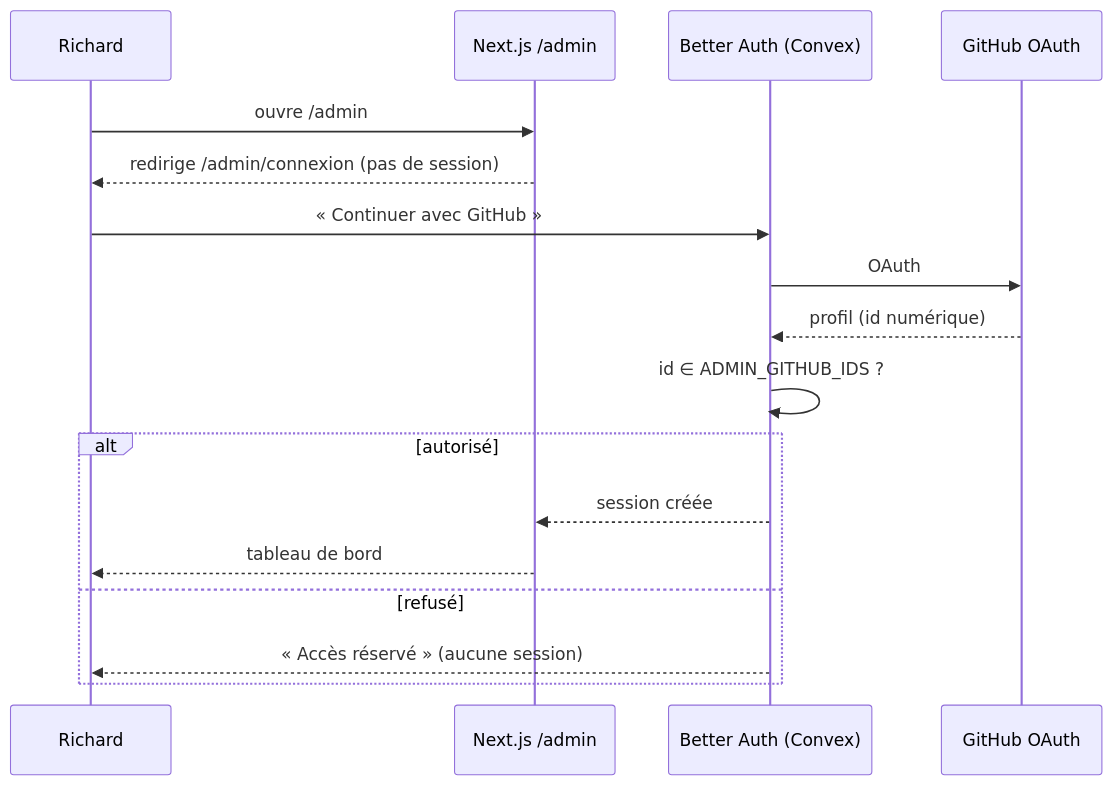
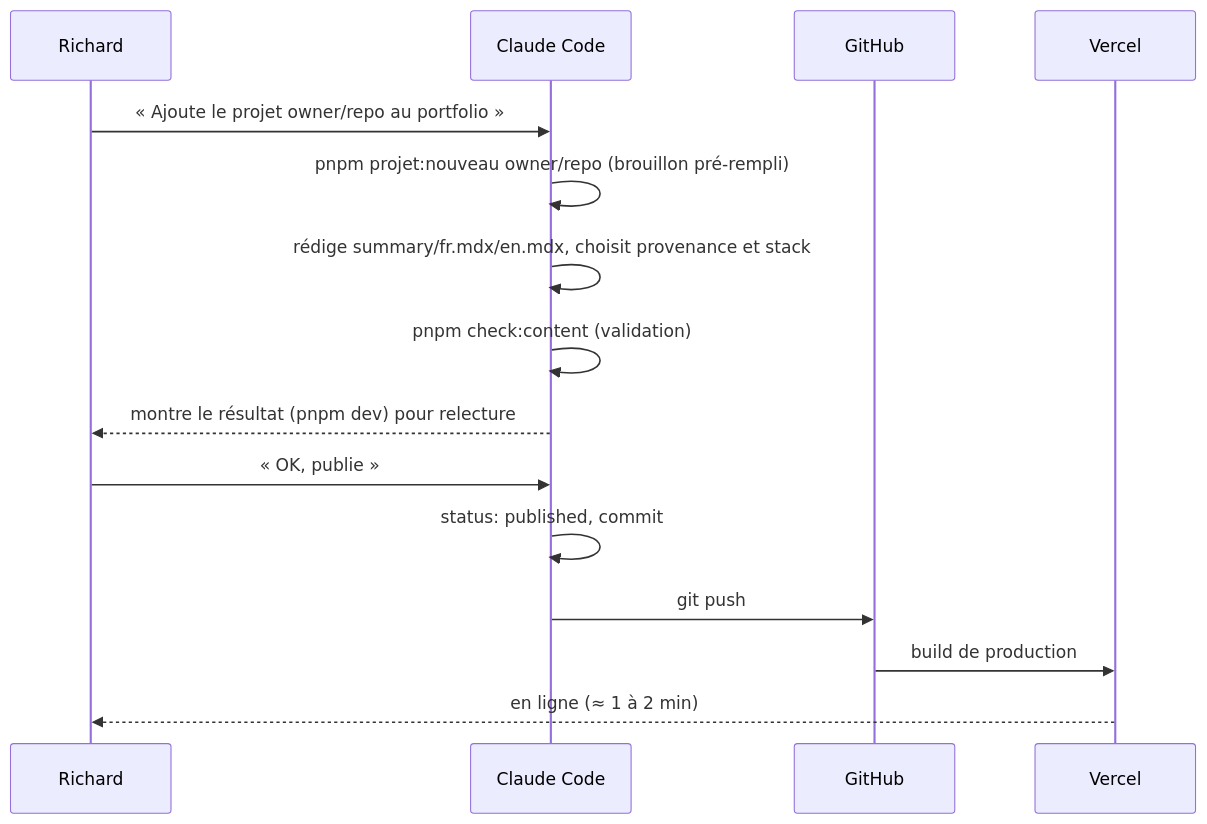
The third of 5 diagrams in docs/APP_FLOW.md (Stryxman/portfolio), drawn with Mermaid before and after one commit. The commit also changed other lines of this file and 9 other files, not shown here.

First line of the commit message:
Docs v1.1 : architecture Astro statique après le conseil LLM

````diff
--- a/docs/APP_FLOW.md
+++ b/docs/APP_FLOW.md
@@ -70,19 +58,17 @@
 ```mermaid
 sequenceDiagram
   participant R as Richard
-  participant N as Next.js /admin
-  participant BA as Better Auth (Convex)
-  participant GH as GitHub OAuth
-  R->>N: ouvre /admin
-  N-->>R: redirige /admin/connexion (pas de session)
-  R->>BA: « Continuer avec GitHub »
-  BA->>GH: OAuth
-  GH-->>BA: profil (id numérique)
-  BA->>BA: id ∈ ADMIN_GITHUB_IDS ?
-  alt autorisé
-    BA-->>N: session créée
-    N-->>R: tableau de bord
-  else refusé
-    BA-->>R: « Accès réservé » (aucune session)
-  end
+  participant C as Claude Code
+  participant G as GitHub
+  participant V as Vercel
+  R->>C: « Ajoute le projet owner/repo au portfolio »
+  C->>C: pnpm projet:nouveau owner/repo (brouillon pré-rempli)
+  C->>C: rédige summary/fr.mdx/en.mdx, choisit provenance et stack
+  C->>C: pnpm check:content (validation)
+  C-->>R: montre le résultat (pnpm dev) pour relecture
+  R->>C: « OK, publie »
+  C->>C: status: published, commit
+  C->>G: git push
+  G->>V: build de production
+  V-->>R: en ligne (≈ 1 à 2 min)
 ```
````
